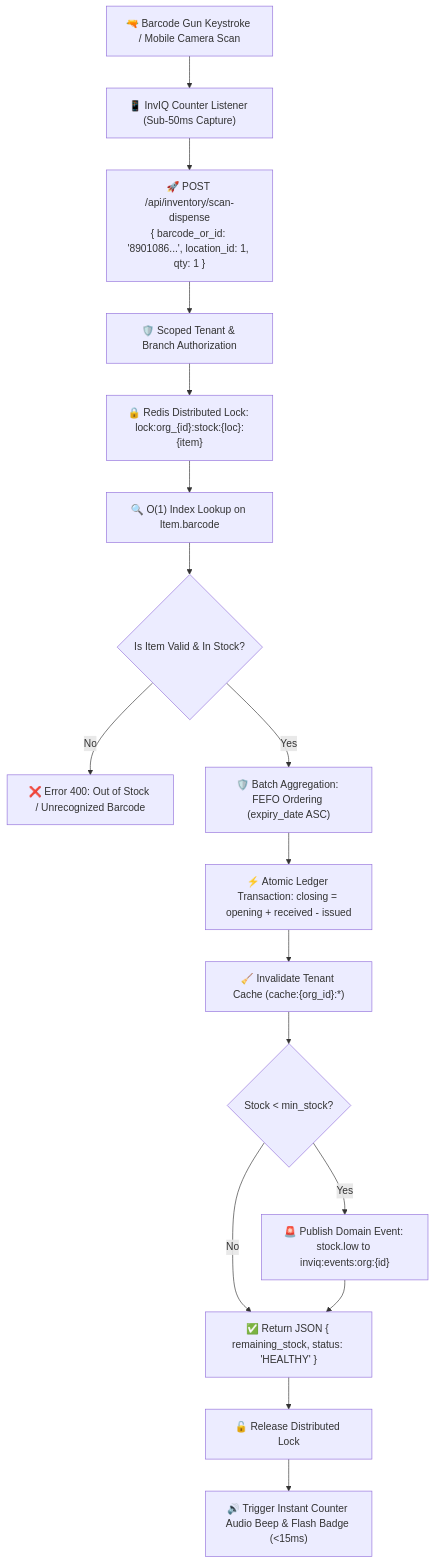
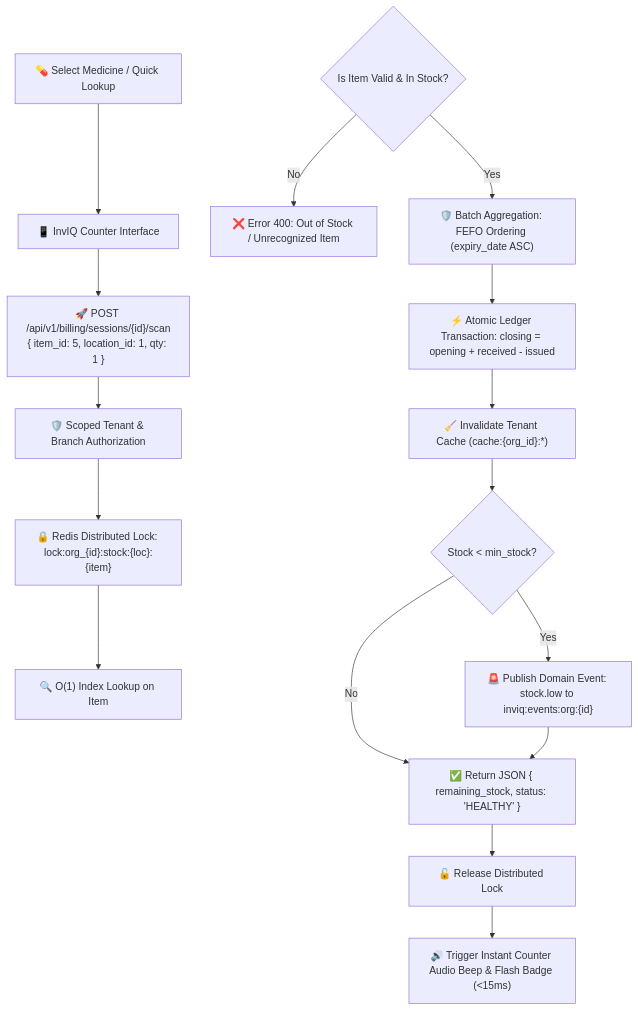
Before and after one commit to Sayandip05/InvIQ: the third of 4 diagrams in README.md, drawn with Mermaid. The commit also changed other lines of this file, not shown here.

Commit message:
docs: remove barcode references and set language support strictly to English

````diff
--- a/README.md
+++ b/README.md
@@ -263,25 +263,25 @@
 ```mermaid
 flowchart TD
-    Scan["🔫 Barcode Gun Keystroke / Mobile Camera Scan"] --> Input["📱 InvIQ Counter Listener (Sub-50ms Capture)"]
-    Input --> Request["🚀 POST /api/inventory/scan-dispense<br/>{ barcode_or_id: '8901086...', location_id: 1, qty: 1 }"]
+    InputItem["💊 Select Medicine / Quick Lookup"] --> Input["📱 InvIQ Counter Interface"]
+    Input --> Request["🚀 POST /api/v1/billing/sessions/{id}/scan<br/>{ item_id: 5, location_id: 1, qty: 1 }"]
     
     Request --> Auth["🛡️ Scoped Tenant & Branch Authorization"]
     Auth --> Lock["🔒 Redis Distributed Lock: lock:org_{id}:stock:{loc}:{item}"]
-    Lock --> Lookup["🔍 O(1) Index Lookup on Item.barcode"]
+    Lock --> Lookup["🔍 O(1) Index Lookup on Item"]
     
-    Lookup --> Check{"Is Item Valid & In Stock?"}
-    Check -- No --> Error["❌ Error 400: Out of Stock / Unrecognized Barcode"]
+    Check{"Is Item Valid & In Stock?"}
+    Check -- No --> Error["❌ Error 400: Out of Stock / Unrecognized Item"]
     
     Check -- Yes --> FEFO["🛡️ Batch Aggregation: FEFO Ordering (expiry_date ASC)"]
     FEFO --> Atomic["⚡ Atomic Ledger Transaction: closing = opening + received - issued"]
     
     Atomic --> Cache["🧹 Invalidate Tenant Cache (cache:{org_id}:*)"]
     Cache --> Threshold{"Stock < min_stock?"}
     
     Threshold -- Yes --> Alert["🚨 Publish Domain Event: stock.low to inviq:events:org:{id}"]
     Threshold -- No --> Resp["✅ Return JSON { remaining_stock, status: 'HEALTHY' }"]
     Alert --> Resp
     
     Resp --> Unlock["🔓 Release Distributed Lock"]
     Unlock --> Audio["🔊 Trigger Instant Counter Audio Beep & Flash Badge (<15ms)"]
 ```
````
